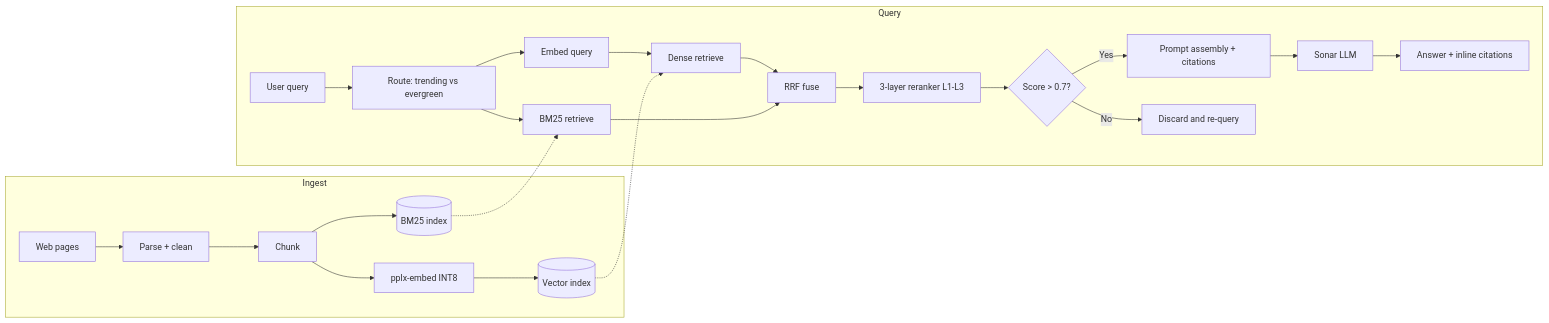
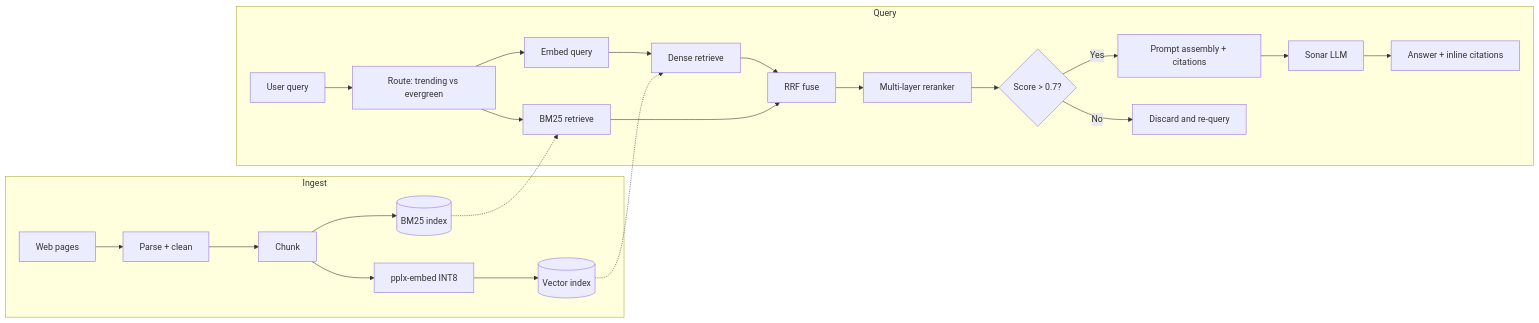
Before and after one commit to Guo-astro/engineering-handbook: the fourth of 4 diagrams in content/part-9-ai-ml-system-design/01-rag-pipelines.md, drawn with Mermaid. The commit also changed other lines of this file and 31 other files, not shown here.

````diff
--- a/content/part-9-ai-ml-system-design/01-rag-pipelines.md
+++ b/content/part-9-ai-ml-system-design/01-rag-pipelines.md
@@ -215,26 +215,26 @@
 ```mermaid
 flowchart LR
     subgraph Ingest
         D[Web pages] --> P[Parse + clean]
         P --> C[Chunk]
         C --> E[pplx-embed INT8]
         E --> V[(Vector index)]
         C --> B[(BM25 index)]
     end
     subgraph Query
         Q[User query] --> QR[Route: trending vs evergreen]
         QR --> QE[Embed query]
         QE --> DR[Dense retrieve]
         QR --> SR[BM25 retrieve]
         DR --> F[RRF fuse]
         SR --> F
-        F --> RR[3-layer reranker L1-L3]
+        F --> RR[Multi-layer reranker]
         RR --> TH{Score > 0.7?}
         TH -->|Yes| PR[Prompt assembly + citations]
         TH -->|No| RE[Discard and re-query]
         PR --> G[Sonar LLM]
         G --> A[Answer + inline citations]
     end
     V -.-> DR
     B -.-> SR
 ```
````
